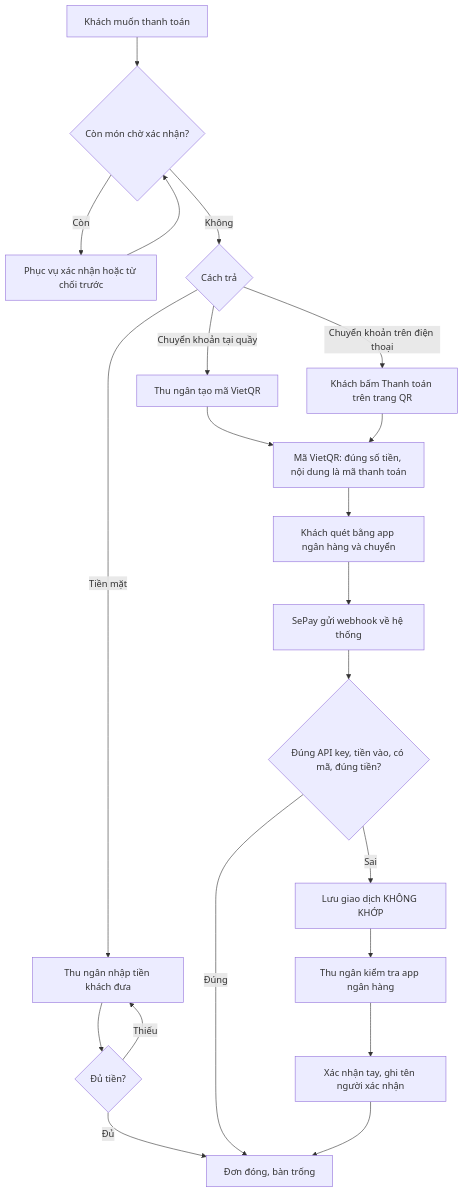
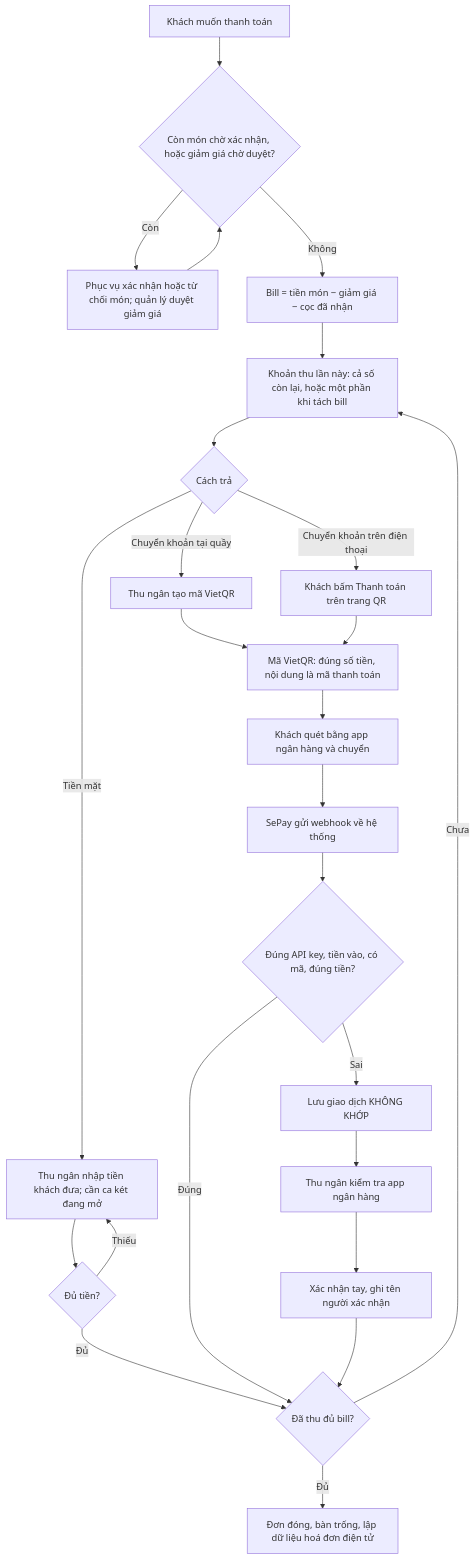
The fourth of 10 diagrams in docs-core/04-quy-trinh-nghiep-vu.md (Anpham120/restaurant-management-system), drawn with Mermaid before and after one commit. The commit also changed other lines of this file and 6 other files, not shown here.

````diff
--- a/docs-core/04-quy-trinh-nghiep-vu.md
+++ b/docs-core/04-quy-trinh-nghiep-vu.md
@@ -69,21 +75,25 @@
 ```mermaid
 flowchart TD
-    A[Khách muốn thanh toán] --> B{Còn món chờ xác nhận?}
-    B -- Còn --> B1[Phục vụ xác nhận hoặc từ chối trước] --> B
-    B -- Không --> C{Cách trả}
-    C -- Tiền mặt --> D[Thu ngân nhập tiền khách đưa]
+    A[Khách muốn thanh toán] --> B{Còn món chờ xác nhận, hoặc giảm giá chờ duyệt?}
+    B -- Còn --> B1[Phục vụ xác nhận hoặc từ chối món; quản lý duyệt giảm giá] --> B
+    B -- Không --> T[Bill = tiền món − giảm giá − cọc đã nhận]
+    T --> P[Khoản thu lần này: cả số còn lại, hoặc một phần khi tách bill]
+    P --> C{Cách trả}
+    C -- Tiền mặt --> D[Thu ngân nhập tiền khách đưa; cần ca két đang mở]
     D --> E{Đủ tiền?}
     E -- Thiếu --> D
-    E -- Đủ --> Z[Đơn đóng, bàn trống]
+    E -- Đủ --> Y{Đã thu đủ bill?}
+    Y -- Chưa --> P
+    Y -- Đủ --> Z[Đơn đóng, bàn trống, lập dữ liệu hoá đơn điện tử]
     C -- Chuyển khoản tại quầy --> F[Thu ngân tạo mã VietQR]
     C -- Chuyển khoản trên điện thoại --> F2[Khách bấm Thanh toán trên trang QR]
     F --> G[Mã VietQR: đúng số tiền, nội dung là mã thanh toán]
     F2 --> G
     G --> H[Khách quét bằng app ngân hàng và chuyển]
     H --> I[SePay gửi webhook về hệ thống]
     I --> J{Đúng API key, tiền vào, có mã, đúng tiền?}
-    J -- Đúng --> Z
+    J -- Đúng --> Y
     J -- Sai --> K[Lưu giao dịch KHÔNG KHỚP]
     K --> L[Thu ngân kiểm tra app ngân hàng]
-    L --> M[Xác nhận tay, ghi tên người xác nhận] --> Z
+    L --> M[Xác nhận tay, ghi tên người xác nhận] --> Y
 ```
````
